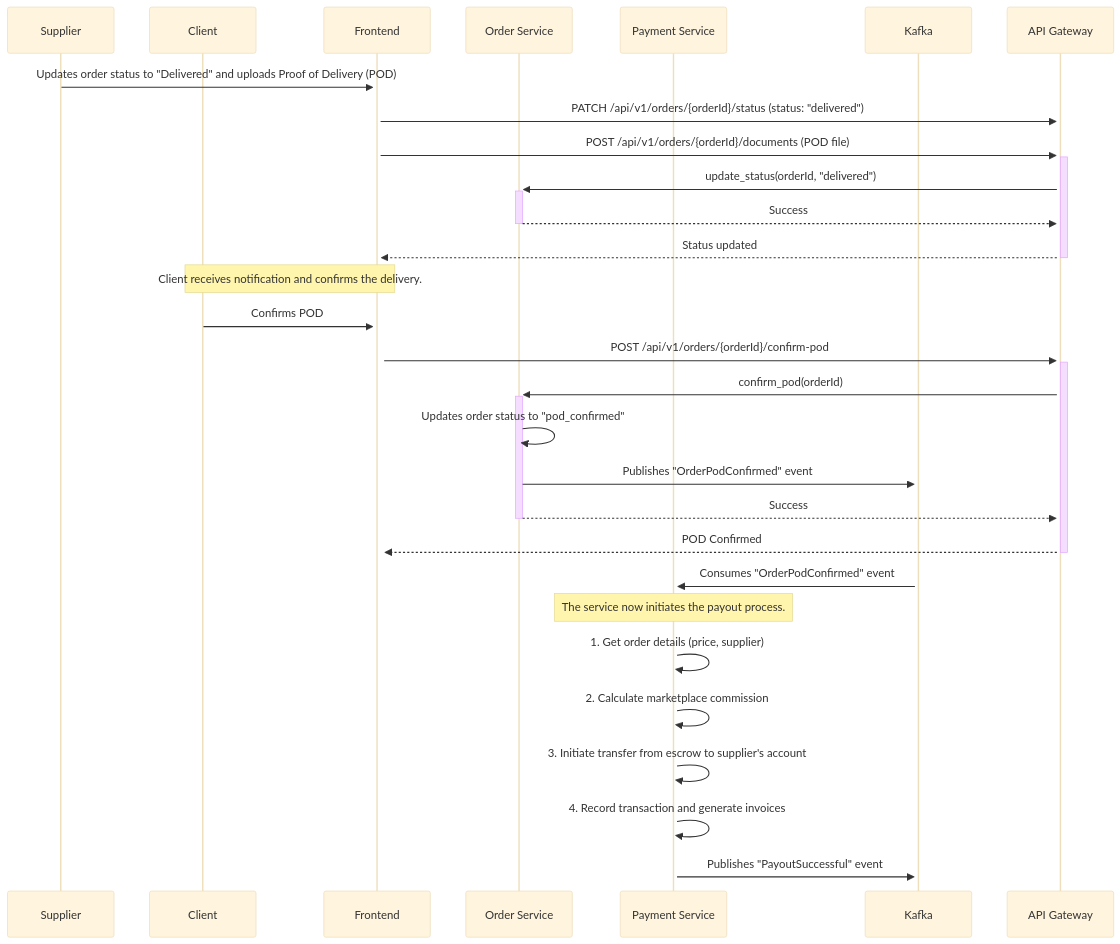
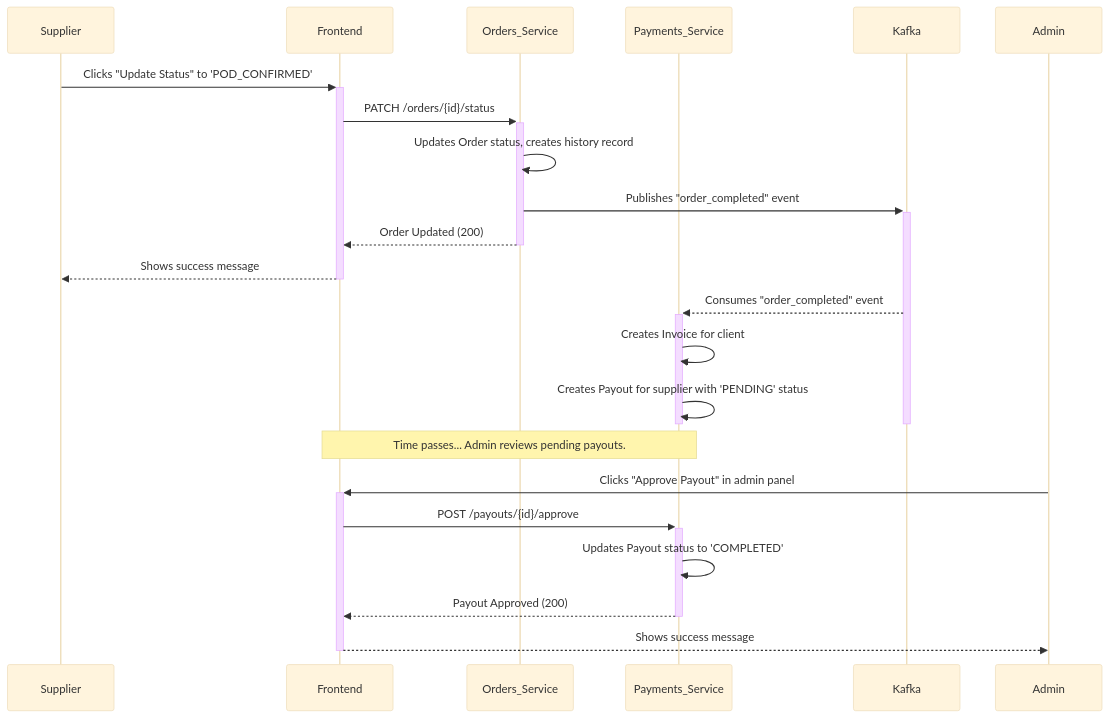
One commit to wizarding-anonymous/logistics changed the second of 2 diagrams in docs/architecture/sequences.md. Above: the diagram before and after it, drawn with Mermaid (base theme). The commit also changed other lines of this file and 33 other files, not shown here.

````diff
--- a/docs/architecture/sequences.md
+++ b/docs/architecture/sequences.md
@@ -54,35 +49,30 @@
 ```mermaid
 sequenceDiagram
     participant Supplier
-    participant Client
     participant Frontend
-    participant Order Service
-    participant Payment Service
+    participant Orders_Service
+    participant Payments_Service
     participant Kafka
 
-    Supplier->>+Frontend: Updates order status to "Delivered" and uploads Proof of Delivery (POD)
-    Frontend->>+API Gateway: PATCH /api/v1/orders/{orderId}/status (status: "delivered")
-    Frontend->>+API Gateway: POST /api/v1/orders/{orderId}/documents (POD file)
+    Supplier->>+Frontend: Clicks "Update Status" to 'POD_CONFIRMED'
+    Frontend->>+Orders_Service: PATCH /orders/{id}/status
+    Orders_Service->>Orders_Service: Updates Order status, creates history record
+    Orders_Service->>+Kafka: Publishes "order_completed" event
+    Orders_Service-->>-Frontend: Order Updated (200)
+    Frontend-->>-Supplier: Shows success message
 
-    API Gateway->>+Order Service: update_status(orderId, "delivered")
-    Order Service-->>-API Gateway: Success
-    API Gateway-->>-Frontend: Status updated
+    Kafka-->>+Payments_Service: Consumes "order_completed" event
+    Payments_Service->>Payments_Service: Creates Invoice for client
+    Payments_Service->>Payments_Service: Creates Payout for supplier with 'PENDING' status
+    deactivate Payments_Service
+    deactivate Kafka
 
-    Note over Client, Frontend: Client receives notification and confirms the delivery.
+    Note over Frontend, Payments_Service: Time passes... Admin reviews pending payouts.
 
-    Client->>+Frontend: Confirms POD
-    Frontend->>+API Gateway: POST /api/v1/orders/{orderId}/confirm-pod
-    API Gateway->>+Order Service: confirm_pod(orderId)
-    Order Service->>Order Service: Updates order status to "pod_confirmed"
-    Order Service->>+Kafka: Publishes "OrderPodConfirmed" event
-    Order Service-->>-API Gateway: Success
-    API Gateway-->>-Frontend: POD Confirmed
-
-    Kafka->>+Payment Service: Consumes "OrderPodConfirmed" event
-    Note over Payment Service: The service now initiates the payout process.
-    Payment Service->>Payment Service: 1. Get order details (price, supplier)
-    Payment Service->>Payment Service: 2. Calculate marketplace commission
-    Payment Service->>Payment Service: 3. Initiate transfer from escrow to supplier's account
-    Payment Service->>Payment Service: 4. Record transaction and generate invoices
-    Payment Service->>+Kafka: Publishes "PayoutSuccessful" event
+    participant Admin
+    Admin->>+Frontend: Clicks "Approve Payout" in admin panel
+    Frontend->>+Payments_Service: POST /payouts/{id}/approve
+    Payments_Service->>Payments_Service: Updates Payout status to 'COMPLETED'
+    Payments_Service-->>-Frontend: Payout Approved (200)
+    Frontend-->>-Admin: Shows success message
 ```
````
